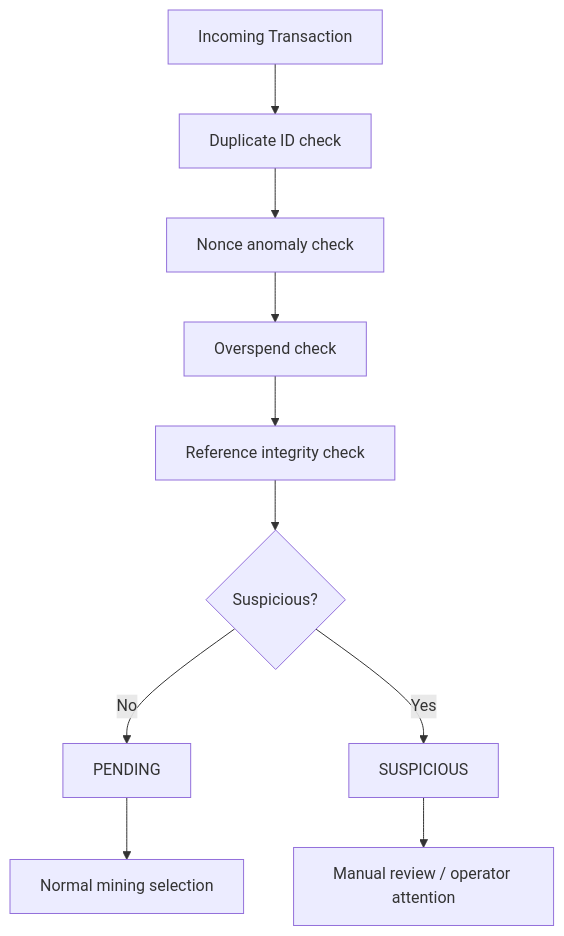
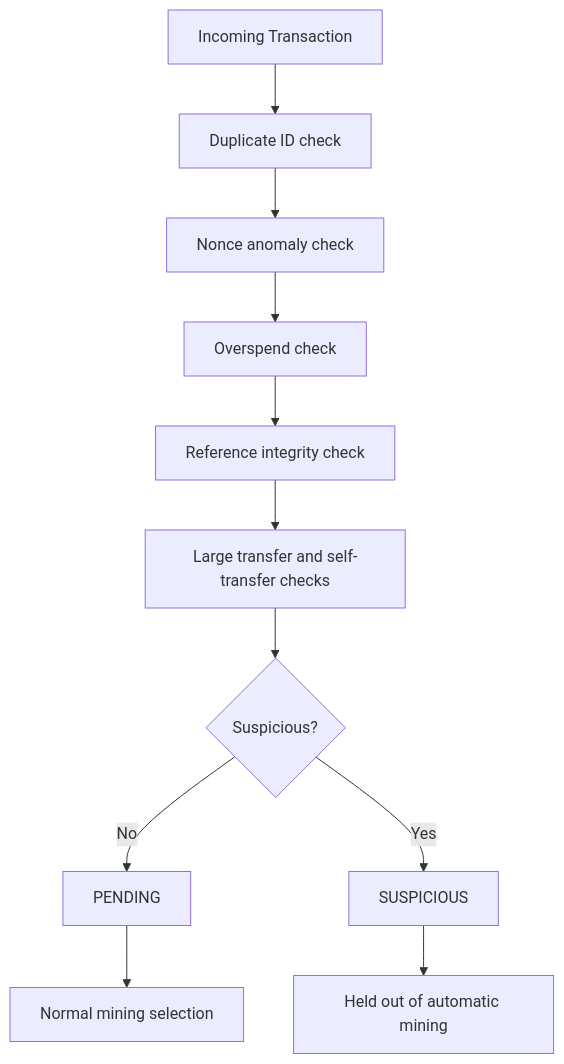
One commit to tejirijesse/aht-blockchain-summative changed the ninth of 9 diagrams in docs/SYSTEM_DESIGN_DIAGRAM.md. Above: the diagram before and after it, drawn with Mermaid. The commit also changed other lines of this file and 1 other file, not shown here.

````diff
--- a/docs/SYSTEM_DESIGN_DIAGRAM.md
+++ b/docs/SYSTEM_DESIGN_DIAGRAM.md
@@ -138,12 +141,13 @@
 ```mermaid
 flowchart TD
     TXIN[Incoming Transaction] --> R1[Duplicate ID check]
     R1 --> R2[Nonce anomaly check]
     R2 --> R3[Overspend check]
     R3 --> R4[Reference integrity check]
-    R4 --> DEC{Suspicious?}
+    R4 --> R5[Large transfer and self-transfer checks]
+    R5 --> DEC{Suspicious?}
     DEC -->|No| PEND[PENDING]
     DEC -->|Yes| SUSP[SUSPICIOUS]
-    SUSP --> REVIEW[Manual review / operator attention]
+    SUSP --> HOLD[Held out of automatic mining]
     PEND --> MINING[Normal mining selection]
 ```
````
